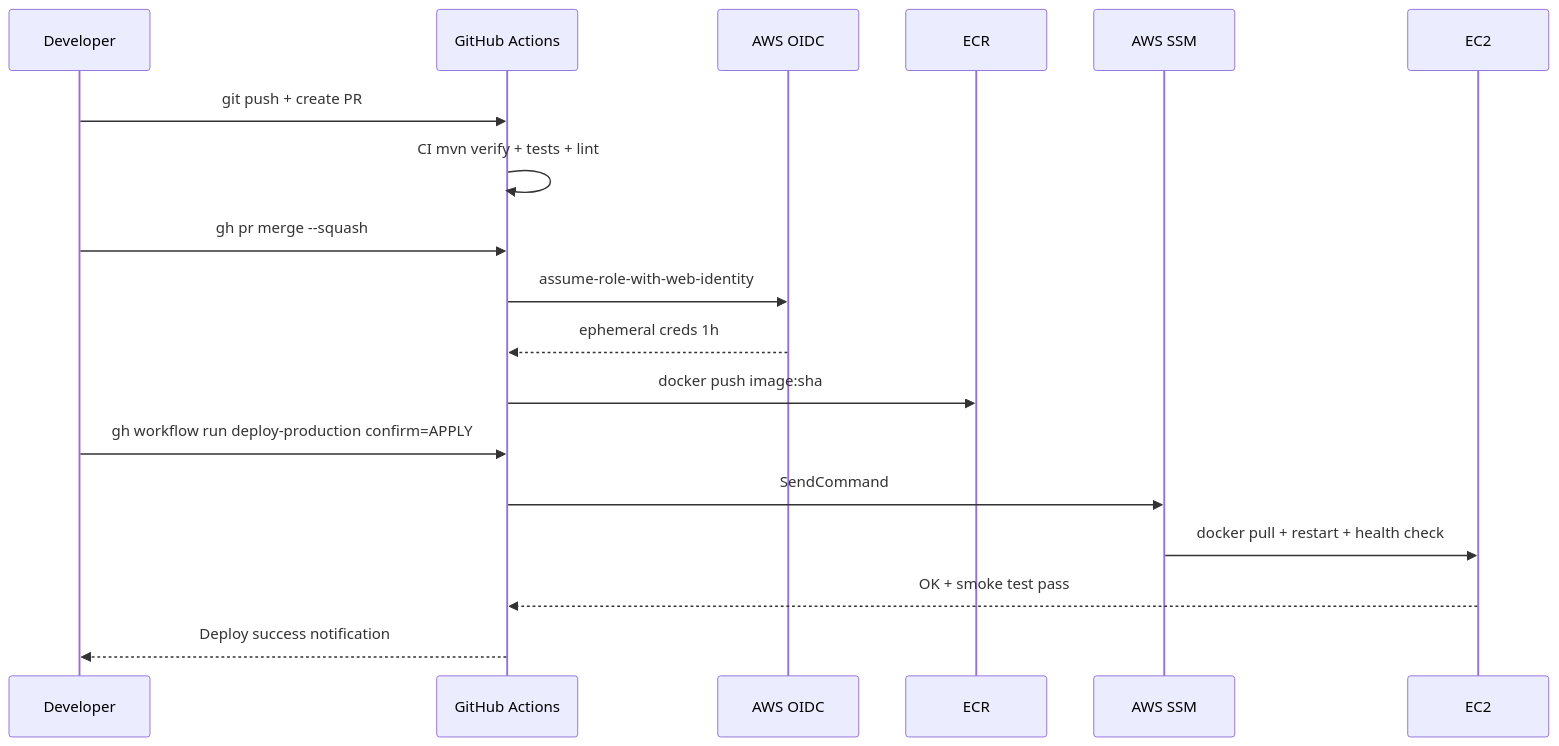
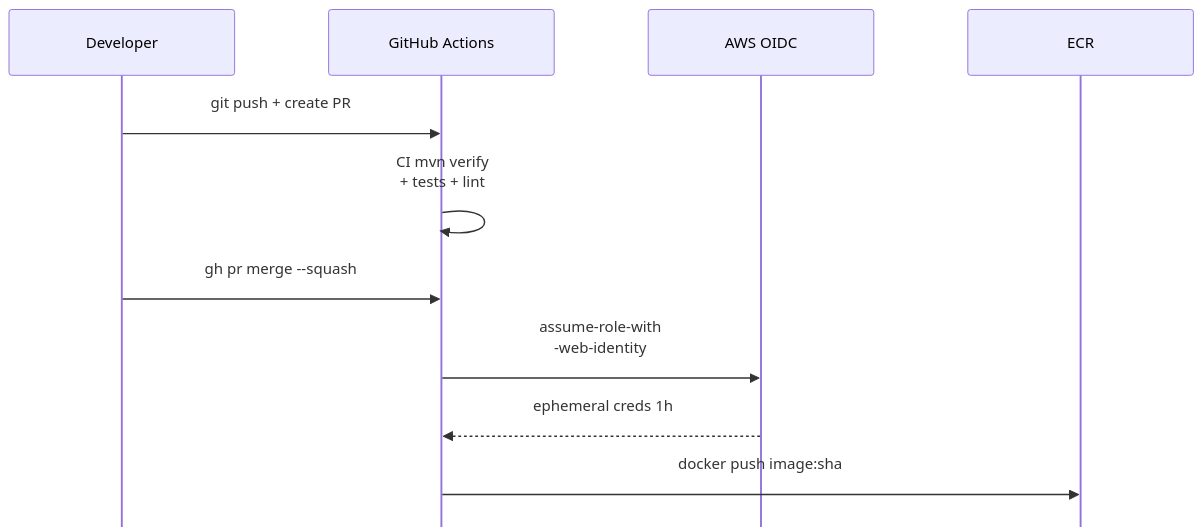
One commit to VictorAurelius/2026-Kite-Class-Platform changed the third of 4 diagrams in documents/08-thesis/chapter-4-deployment-results.md. Above: the diagram before and after it, drawn with Mermaid. The commit also changed other lines of this file and 24 other files, not shown here.

````diff
--- a/documents/08-thesis/chapter-4-deployment-results.md
+++ b/documents/08-thesis/chapter-4-deployment-results.md
@@ -82,21 +139,15 @@
 ```mermaid
+%%{init: {"sequence": {"diagramMarginX": 50, "diagramMarginY": 25, "actorMargin": 100, "width": 240, "height": 70, "boxMargin": 18, "boxTextMargin": 10, "noteMargin": 15, "messageMargin": 50, "mirrorActors": false}, "themeVariables": {"fontSize": "28px", "messageFontSize": "26px", "noteFontSize": "26px"}}}%%
 sequenceDiagram
     participant Dev as Developer
     participant GH as GitHub Actions
     participant OIDC as AWS OIDC
     participant ECR as ECR
-    participant SSM as AWS SSM
-    participant EC2 as EC2
 
     Dev->>GH: git push + create PR
-    GH->>GH: CI mvn verify + tests + lint
+    GH->>GH: CI mvn verify<br/>+ tests + lint
     Dev->>GH: gh pr merge --squash
-    GH->>OIDC: assume-role-with-web-identity
+    GH->>OIDC: assume-role-with<br/>-web-identity
     OIDC-->>GH: ephemeral creds 1h
     GH->>ECR: docker push image:sha
-    Dev->>GH: gh workflow run deploy-production confirm=APPLY
-    GH->>SSM: SendCommand
-    SSM->>EC2: docker pull + restart + health check
-    EC2-->>GH: OK + smoke test pass
-    GH-->>Dev: Deploy success notification
 ```
````
